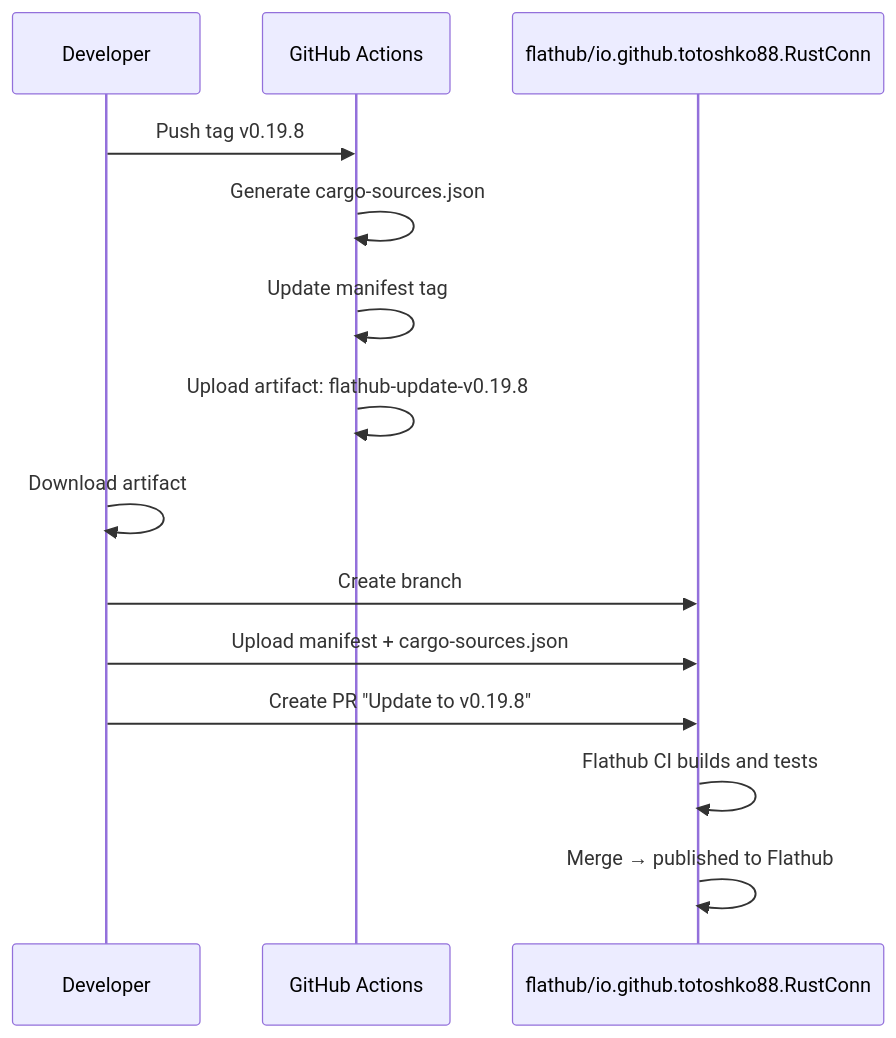
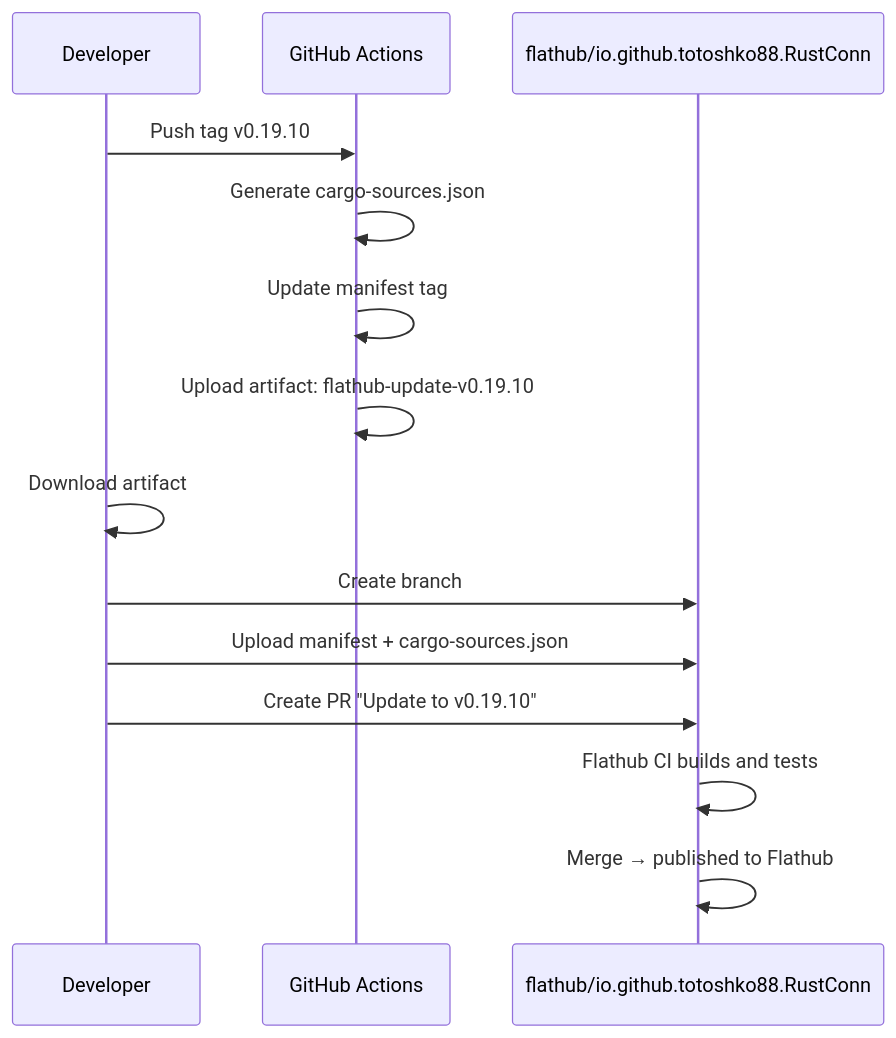
The sixth of 6 diagrams in docs/CI_BUILD_FLOW.md (philclifford/RustConn), drawn with Mermaid before and after one commit. The commit also changed other lines of this file and 24 other files, not shown here.

````diff
--- a/docs/CI_BUILD_FLOW.md
+++ b/docs/CI_BUILD_FLOW.md
@@ -255,18 +255,18 @@
 ```mermaid
 sequenceDiagram
     participant Dev as Developer
     participant GH as GitHub Actions
     participant FH as flathub/io.github.totoshko88.RustConn
 
-    Dev->>GH: Push tag v0.19.8
+    Dev->>GH: Push tag v0.19.10
     GH->>GH: Generate cargo-sources.json
     GH->>GH: Update manifest tag
-    GH->>GH: Upload artifact: flathub-update-v0.19.8
+    GH->>GH: Upload artifact: flathub-update-v0.19.10
 
     Dev->>Dev: Download artifact
     Dev->>FH: Create branch
     Dev->>FH: Upload manifest + cargo-sources.json
-    Dev->>FH: Create PR "Update to v0.19.8"
+    Dev->>FH: Create PR "Update to v0.19.10"
     FH->>FH: Flathub CI builds and tests
     FH->>FH: Merge → published to Flathub
 ```
````
